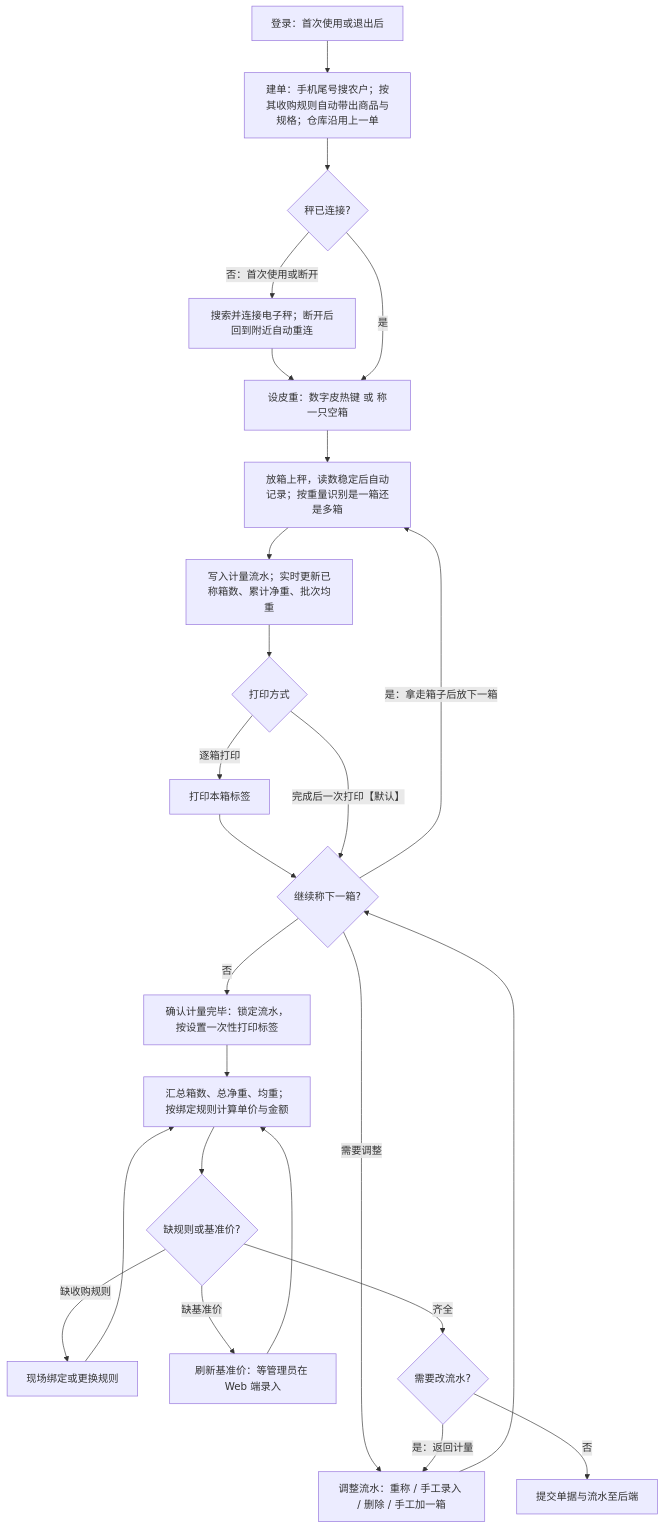
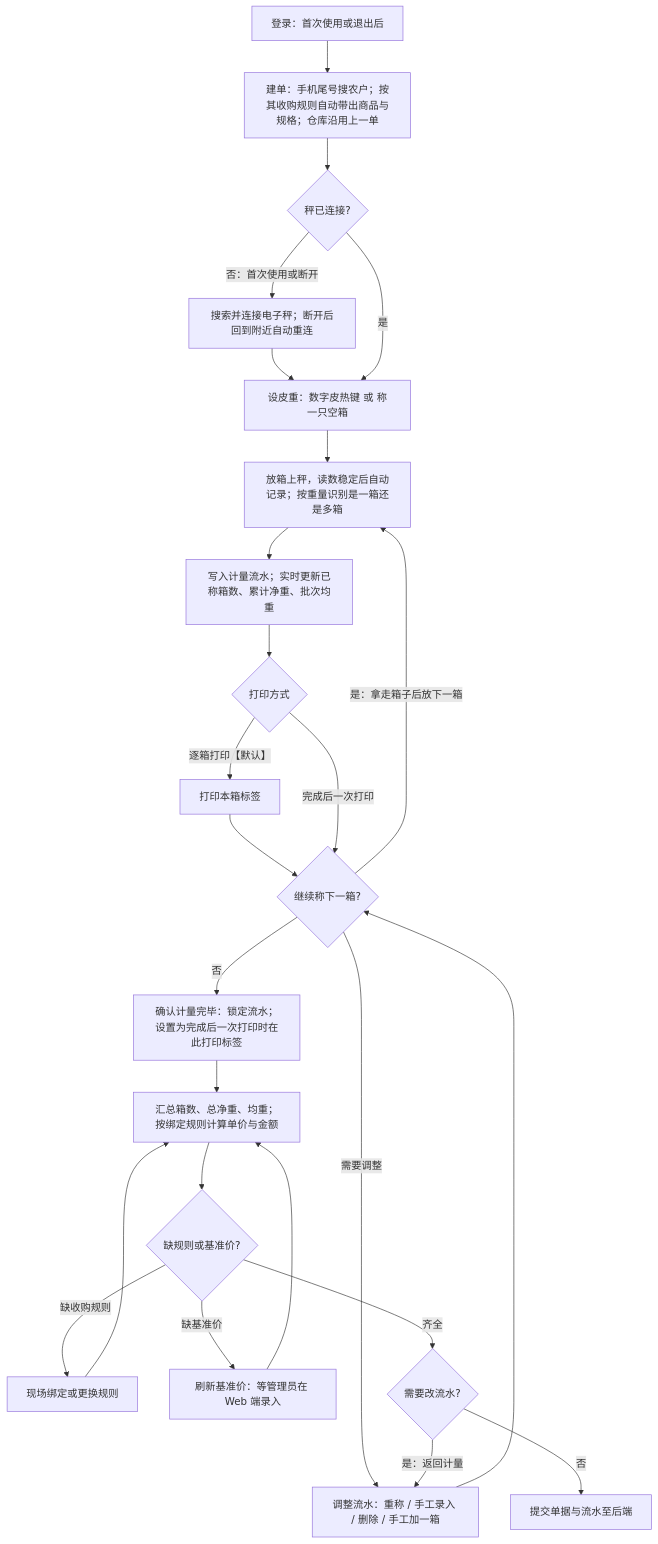
Before and after one commit to ddddubbby/jidan: the diagram in doc/产品需求/鸡蛋采购入库解决方案-需求规格说明书 v7.md, drawn with Mermaid. The commit also changed other lines of this file and 1 other file, not shown here.

````diff
--- a/doc/产品需求/鸡蛋采购入库解决方案-需求规格说明书 v7.md
+++ b/doc/产品需求/鸡蛋采购入库解决方案-需求规格说明书 v7.md
@@ -112,28 +113,28 @@
 ```mermaid
 flowchart TD
     L[登录：首次使用或退出后] --> A[建单：手机尾号搜农户；按其收购规则自动带出商品与规格；仓库沿用上一单]
     A --> S{秤已连接?}
     S -- 否：首次使用或断开 --> S1[搜索并连接电子秤；断开后回到附近自动重连]
     S1 --> B
     S -- 是 --> B[设皮重：数字皮热键 或 称一只空箱]
     B --> C[放箱上秤，读数稳定后自动记录；按重量识别是一箱还是多箱]
     C --> D[写入计量流水；实时更新已称箱数、累计净重、批次均重]
     D --> P{打印方式}
-    P -- 逐箱打印 --> P1[打印本箱标签]
+    P -- 逐箱打印【默认】 --> P1[打印本箱标签]
     P1 --> F
-    P -- 完成后一次打印【默认】 --> F
+    P -- 完成后一次打印 --> F
     F{继续称下一箱?}
     F -- 是：拿走箱子后放下一箱 --> C
     F -- 需要调整 --> E[调整流水：重称 / 手工录入 / 删除 / 手工加一箱]
     E --> F
-    F -- 否 --> G[确认计量完毕：锁定流水，按设置一次性打印标签]
+    F -- 否 --> G[确认计量完毕：锁定流水；设置为完成后一次打印时在此打印标签]
     G --> H[汇总箱数、总净重、均重；按绑定规则计算单价与金额]
     H --> I{缺规则或基准价?}
     I -- 缺收购规则 --> I1[现场绑定或更换规则]
     I1 --> H
     I -- 缺基准价 --> I2[刷新基准价：等管理员在 Web 端录入]
     I2 --> H
     I -- 齐全 --> K{需要改流水?}
     K -- 是：返回计量 --> E
     K -- 否 --> J[提交单据与流水至后端]
 ```
````
